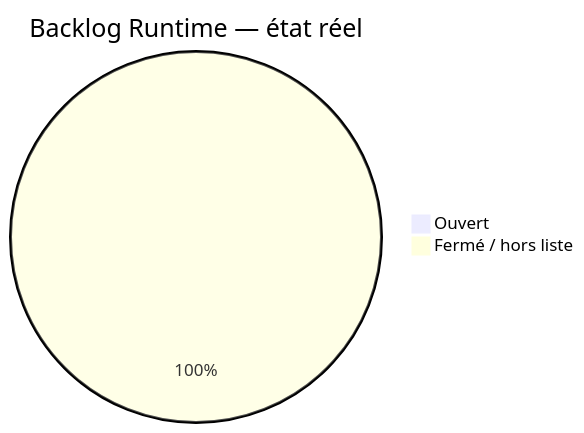
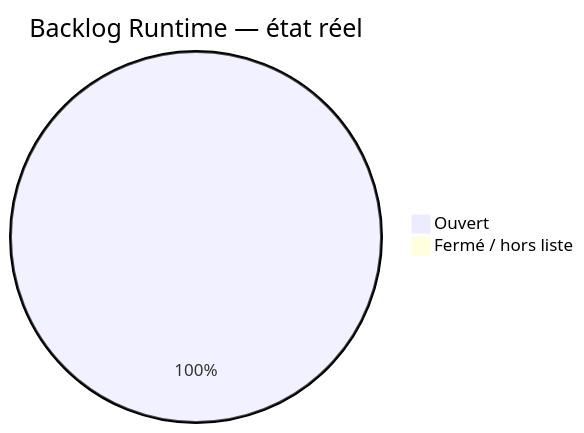
One commit to JavaChrist/Tai-Chi-AI-Coach changed the first of 2 diagrams in docs/runtime/11_BACKLOG.md. Above: the diagram before and after it, drawn with Mermaid. The commit also changed other lines of this file and 38 other files, not shown here.

````diff
--- a/docs/runtime/11_BACKLOG.md
+++ b/docs/runtime/11_BACKLOG.md
@@ -61,5 +61,5 @@
 ```mermaid
 pie title Backlog Runtime — état réel
-  "Ouvert" : 0
-  "Fermé / hors liste" : 1
+  "Ouvert" : 1
+  "Fermé / hors liste" : 0
 ```
````
